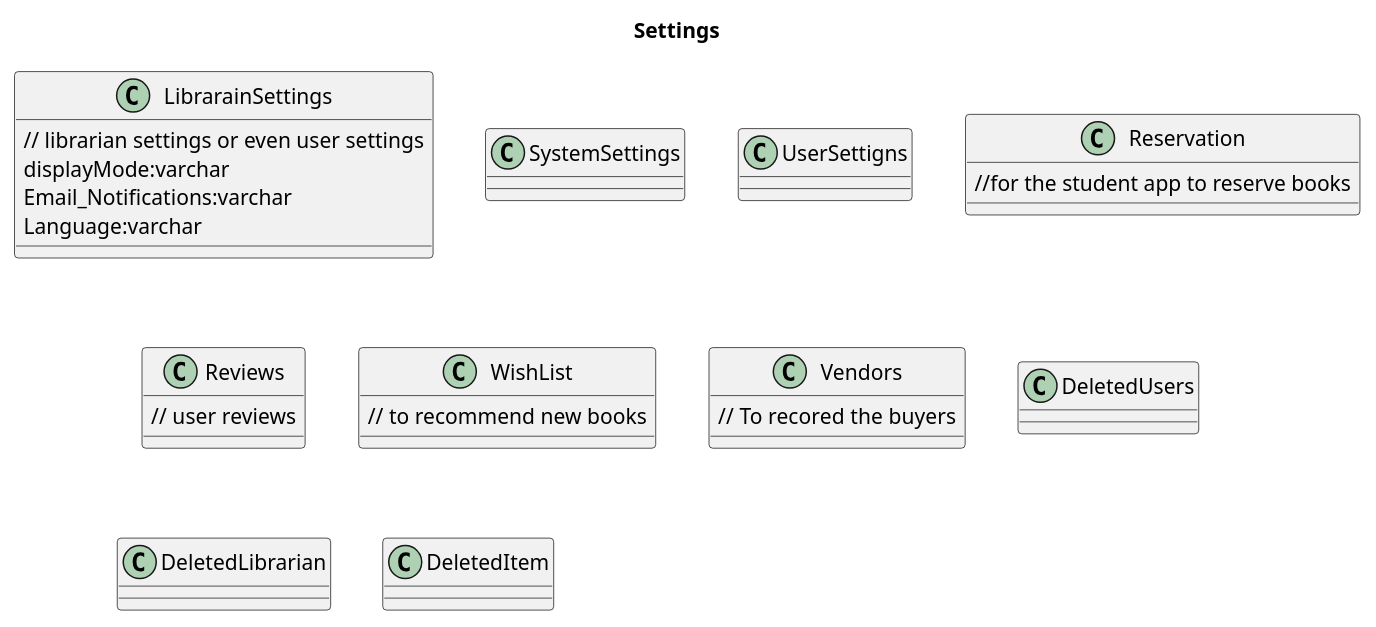
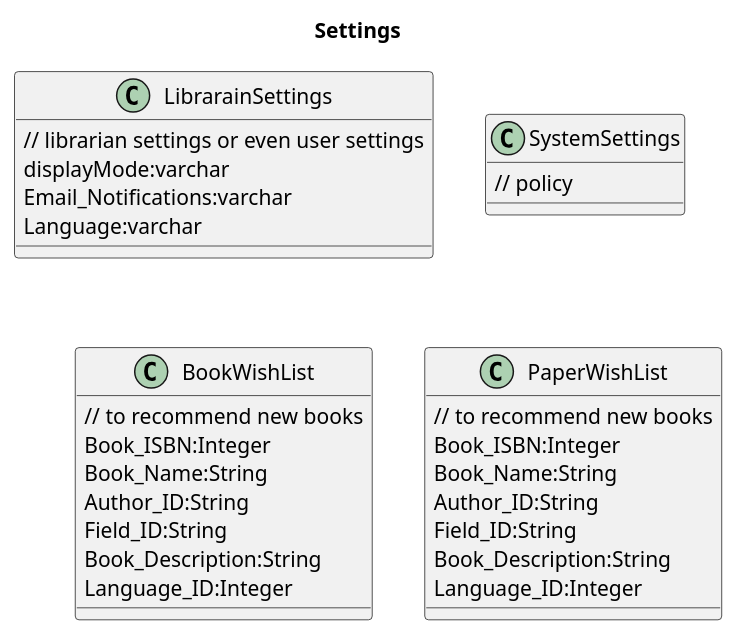
The diagram in ServerSide/SystemDesign/Database/other.puml (Team-G4-15/Tali3), drawn with PlantUML before and after one commit. The commit also changed 4 other files, not shown here.

```diff
--- a/ServerSide/SystemDesign/Database/other.puml
+++ b/ServerSide/SystemDesign/Database/other.puml
@@ -1,46 +1,37 @@
 @startuml
 title Settings
 class LibrarainSettings{
   // librarian settings or even user settings
   displayMode:varchar 
   Email_Notifications:varchar
   Language:varchar
 }
 
 class SystemSettings{
+  // policy
 
-}
-class UserSettigns{
 }
 
 
-class Reservation{
-  //for the student app to reserve books
+class BookWishList{
+// to recommend new books
+Book_ISBN:Integer
+Book_Name:String 
+Author_ID:String
+Field_ID:String
+Book_Description:String
+Language_ID:Integer
 }
-class Reviews{
-  // user reviews
-
-}
-
-class WishList{
+class PaperWishList{
 // to recommend new books
-}
-
-class Vendors{
-  // To recored the buyers
-}
-
-class DeletedUsers{
-
-}
-
-class DeletedLibrarian{
-
-}
-class DeletedItem{
+Book_ISBN:Integer
+Book_Name:String 
+Author_ID:String
+Field_ID:String
+Book_Description:String
+Language_ID:Integer
 }
 
 
 
-
 @enduml
```
